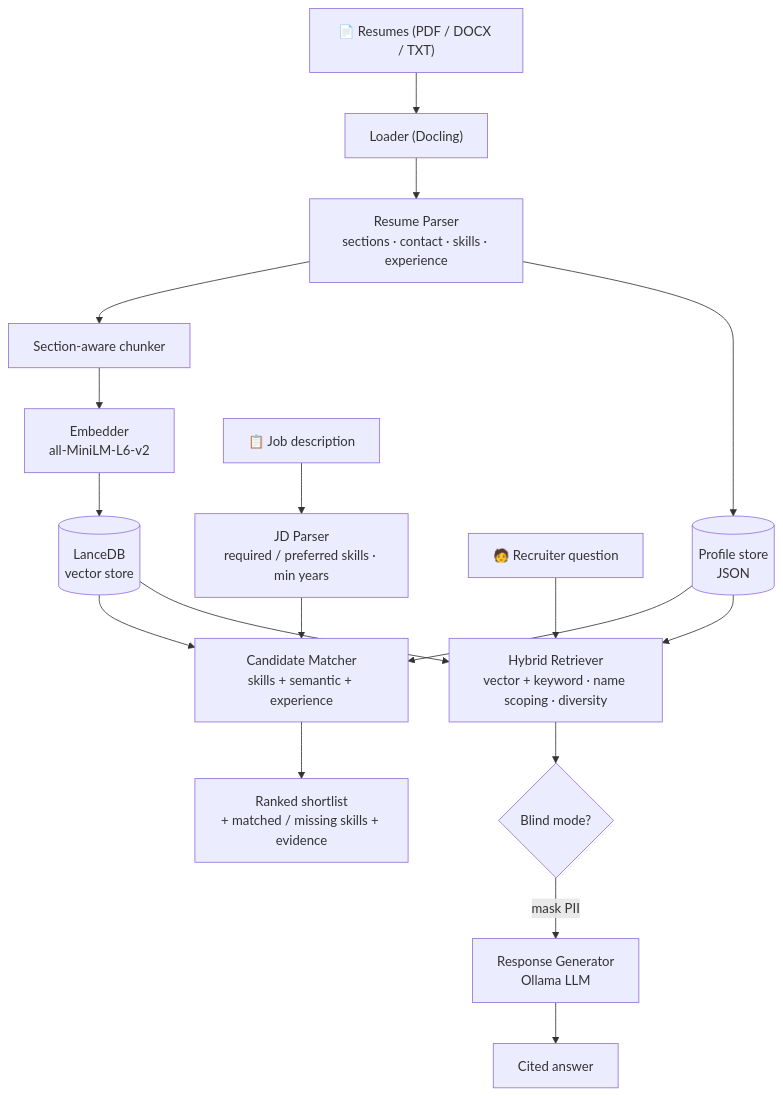
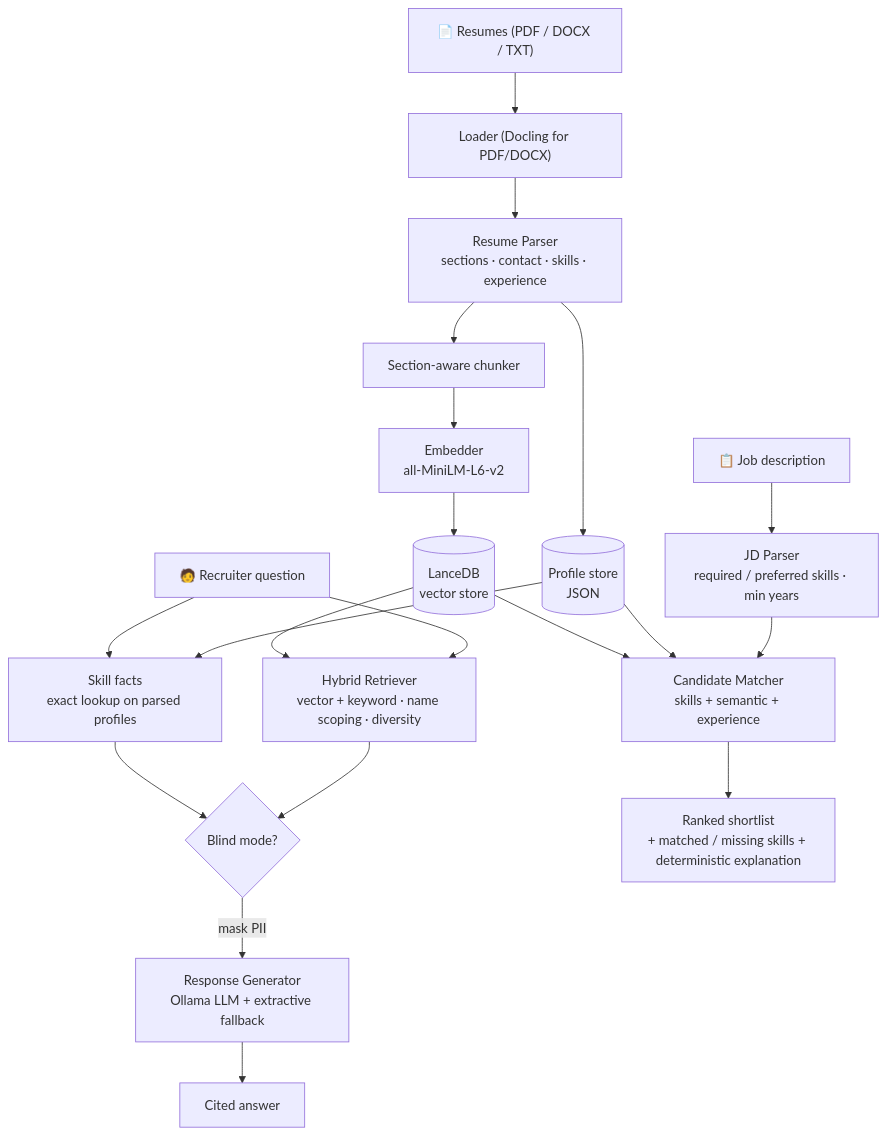
The diagram in README.md (joshiyukta16/recruit-rag), drawn with Mermaid before and after one commit. The commit also changed other lines of this file, not shown here.

````diff
--- a/README.md
+++ b/README.md
@@ -25,22 +25,24 @@
 ```mermaid
 flowchart TD
-    R["📄 Resumes (PDF / DOCX / TXT)"] --> L["Loader (Docling)"]
+    R["📄 Resumes (PDF / DOCX / TXT)"] --> L["Loader (Docling for PDF/DOCX)"]
     L --> P["Resume Parser<br/>sections · contact · skills · experience"]
     P --> PS[("Profile store<br/>JSON")]
     P --> C["Section-aware chunker"]
     C --> E["Embedder<br/>all-MiniLM-L6-v2"]
     E --> V[("LanceDB<br/>vector store")]
 
     Q["🧑 Recruiter question"] --> RT["Hybrid Retriever<br/>vector + keyword · name scoping · diversity"]
     V --> RT
-    PS --> RT
+    PS --> F["Skill facts<br/>exact lookup on parsed profiles"]
+    Q --> F
     RT --> AN{"Blind mode?"}
-    AN -->|mask PII| G["Response Generator<br/>Ollama LLM"]
+    F --> AN
+    AN -->|mask PII| G["Response Generator<br/>Ollama LLM + extractive fallback"]
     G --> A["Cited answer"]
 
     JD["📋 Job description"] --> JP["JD Parser<br/>required / preferred skills · min years"]
     JP --> M["Candidate Matcher<br/>skills + semantic + experience"]
     PS --> M
     V --> M
-    M --> RK["Ranked shortlist<br/>+ matched / missing skills + evidence"]
+    M --> RK["Ranked shortlist<br/>+ matched / missing skills + deterministic explanation"]
 ```
````
